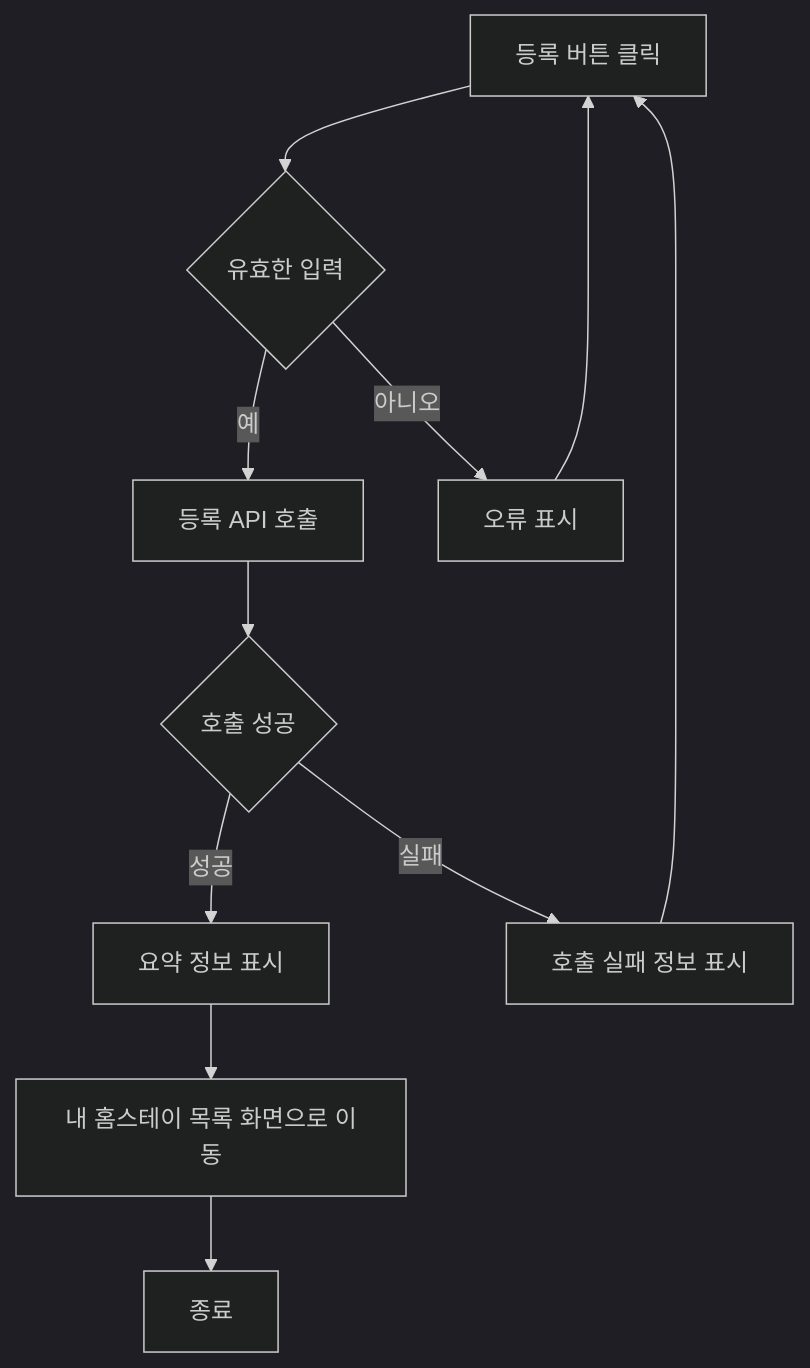
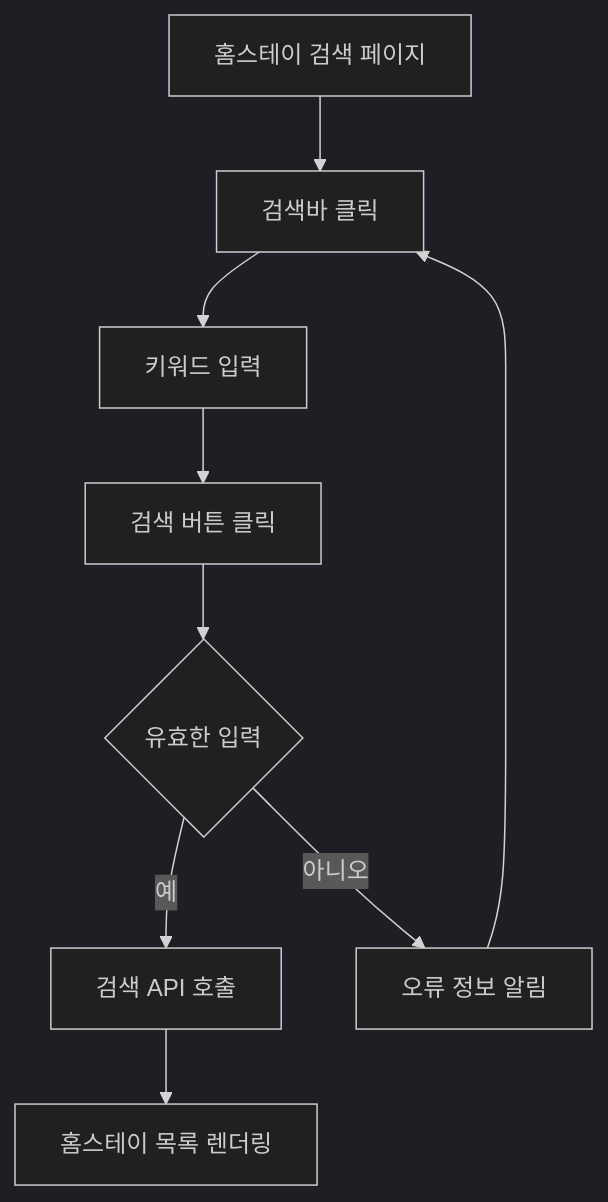
The fifth of 7 diagrams in design/기능정의서.md (red-dev-Mark/devcamp-onboarding-project-Team-2), drawn with Mermaid (dark theme) before and after one commit. The commit also changed other lines of this file, not shown here.

````diff
--- a/design/기능정의서.md
+++ b/design/기능정의서.md
@@ -312,13 +261,11 @@
 ```mermaid
 flowchart TD
-    A[등록 버튼 클릭] --> B[입력 항목 유효성 검증]
-    B{유효한 입력} -- 예 --> C[등록 API 호출]
-    B{유효한 입력} -- 아니오 --> D[오류 표시]
-    D --> A
-    C --> E{호출 성공}
-    E -- 성공 --> F[요약 정보 표시]
-    F --> G[내 홈스테이 목록 화면으로 이동]
-    E -- 실패 --> H[호출 실패 정보 표시]
-    H --> A
-    G --> Z[종료]
+    A[홈스테이 검색 페이지] --> B[검색바 클릭]
+    B --> C[키워드 입력]
+    C --> D[검색 버튼 클릭]
+    D --> E[입력 항목 유효성 검증]
+    E{유효한 입력} -- 예 --> F[검색 API 호출]
+    E -- 아니오 --> G[오류 정보 알림]
+    G --> B
+    F --> H[홈스테이 목록 렌더링]
 ```
````
